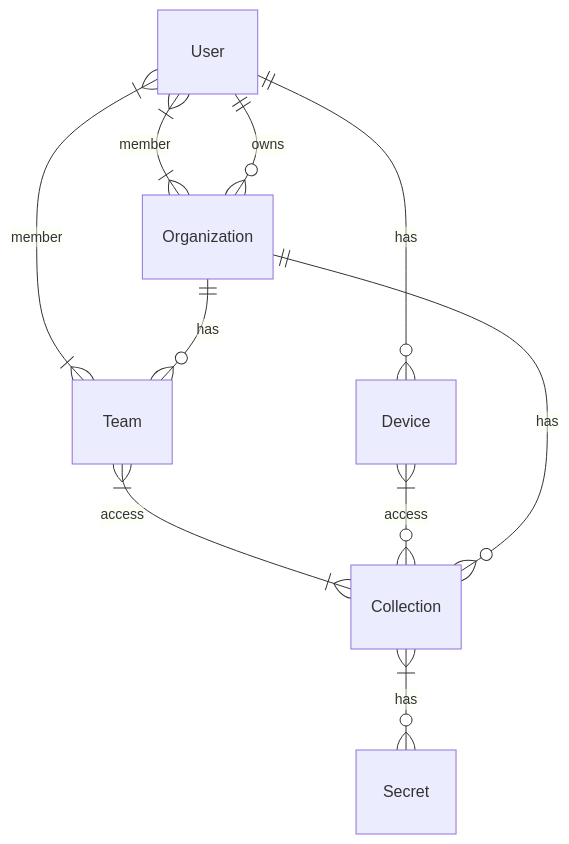
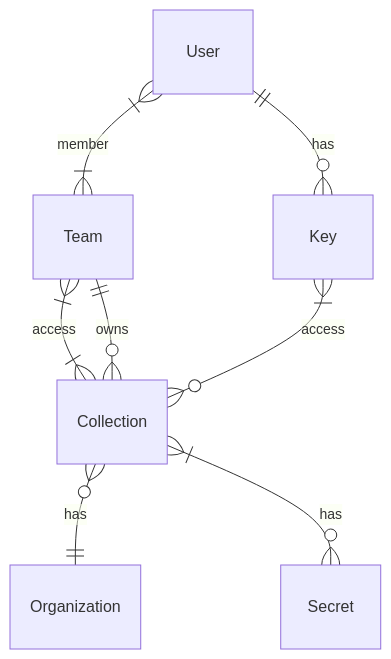
Before and after one commit to mariusbuescher/tresor: the diagram in README.md, drawn with Mermaid.

Commit message:
Fix ER diagram

````diff
--- a/README.md
+++ b/README.md
@@ -52,12 +52,10 @@
 ```mermaid
 erDiagram
-    User }|--|{ Organization : member
-    User ||--o{ Organization : owns
     User }|--|{ Team : member
-    User ||--o{ Device : has
-    Organization ||--o{ Team : has
+    User ||--o{ Key : has
     Collection }o--|| Organization : has
     Team }|--|{ Collection : access
+    Team ||--o{ Collection : owns
     Collection }|--o{ Secret : has
-    Device }|--o{ Collection : access
+    Key }|--o{ Collection : access
 ```
````
